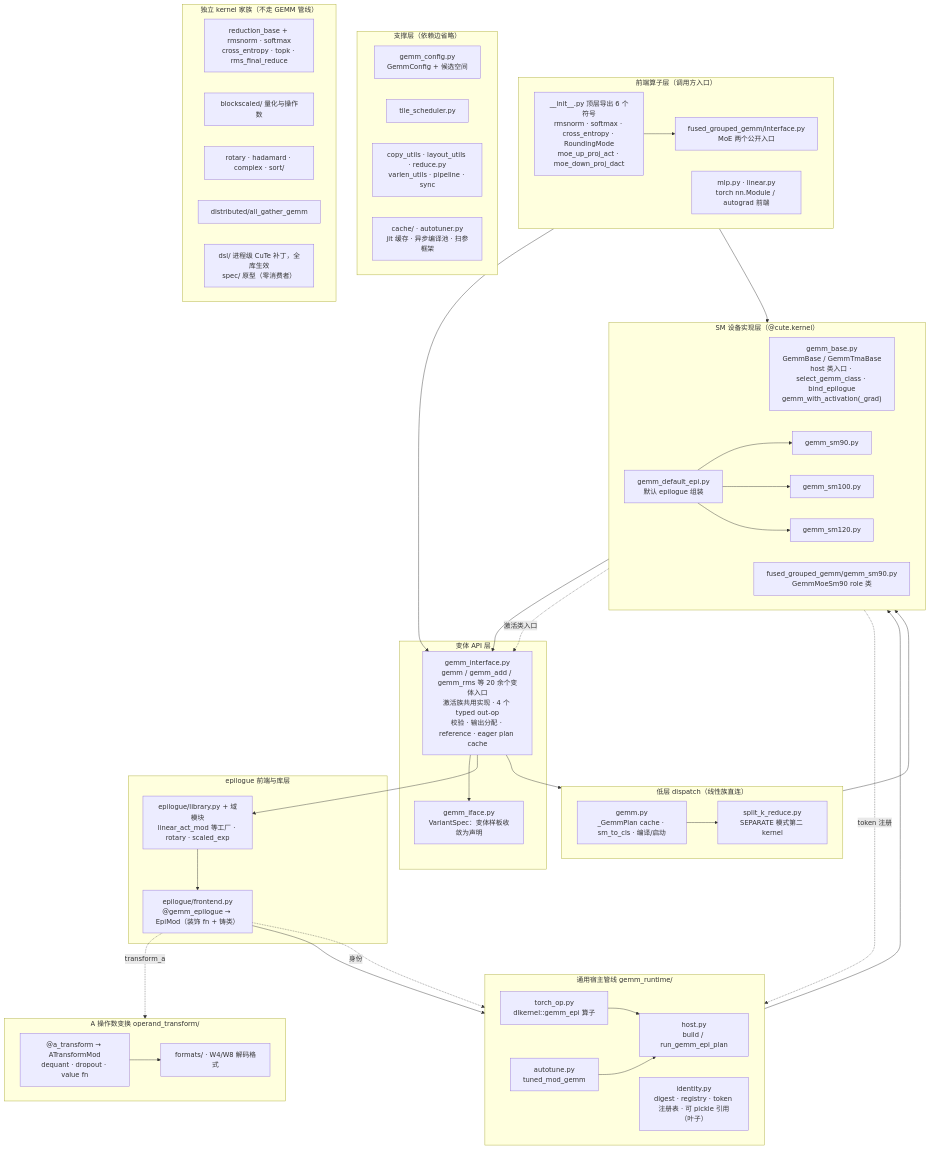
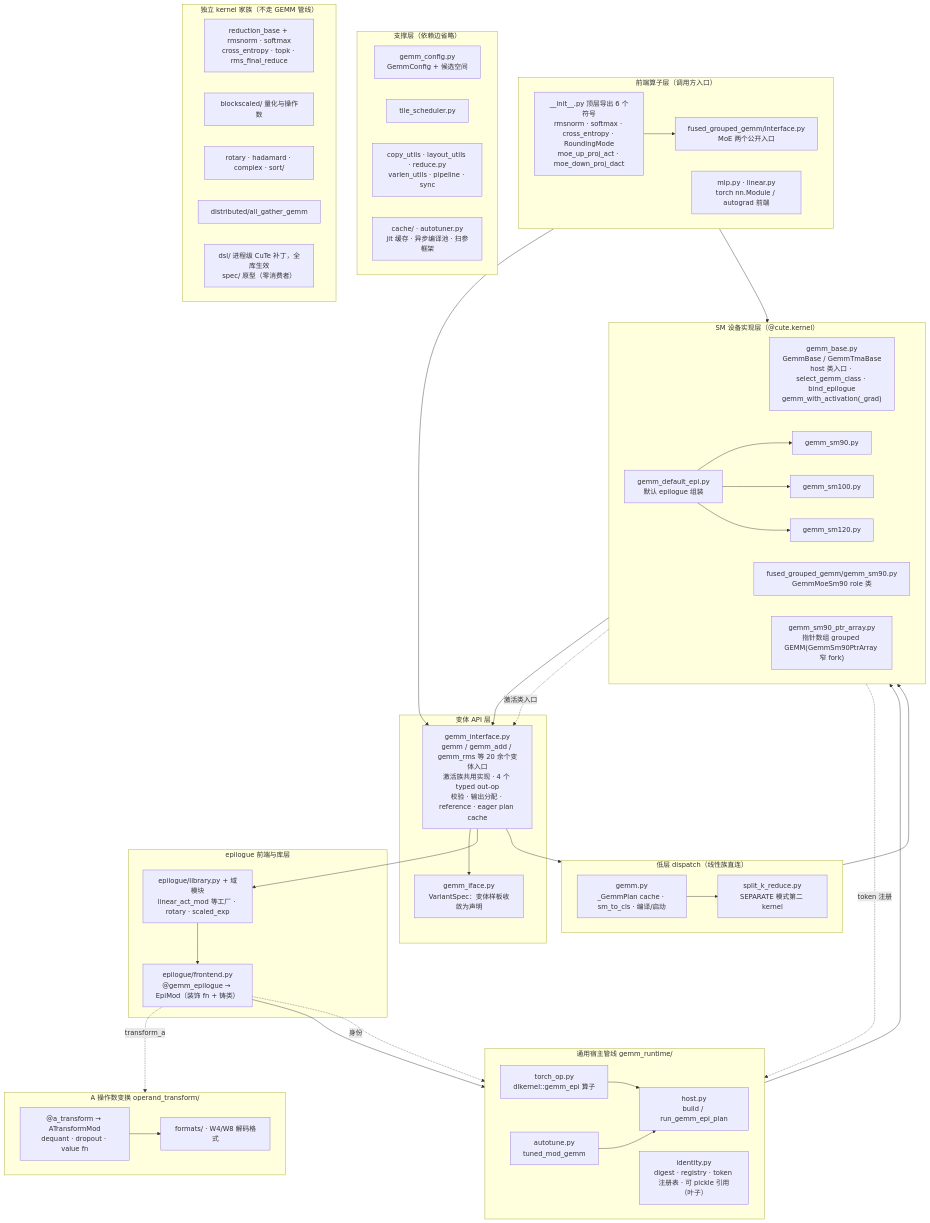
Before and after one commit to Truth-Ke/DLKernel: the first of 6 diagrams in docs/architecture.md, drawn with Mermaid. The commit also changed other lines of this file and 35 other files, not shown here.

```diff
--- a/docs/architecture.md
+++ b/docs/architecture.md
@@ -69,6 +69,7 @@
         SM120["gemm_sm120.py"]
         DE["gemm_default_epi.py<br/>默认 epilogue 组装"]
         MOE["fused_grouped_gemm/gemm_sm90.py<br/>GemmMoeSm90 role 类"]
+        PTR["gemm_sm90_ptr_array.py<br/>指针数组 grouped GEMM(GemmSm90PtrArray 窄 fork)"]
     end
 
     subgraph SUP["支撑层（依赖边省略）"]
```
